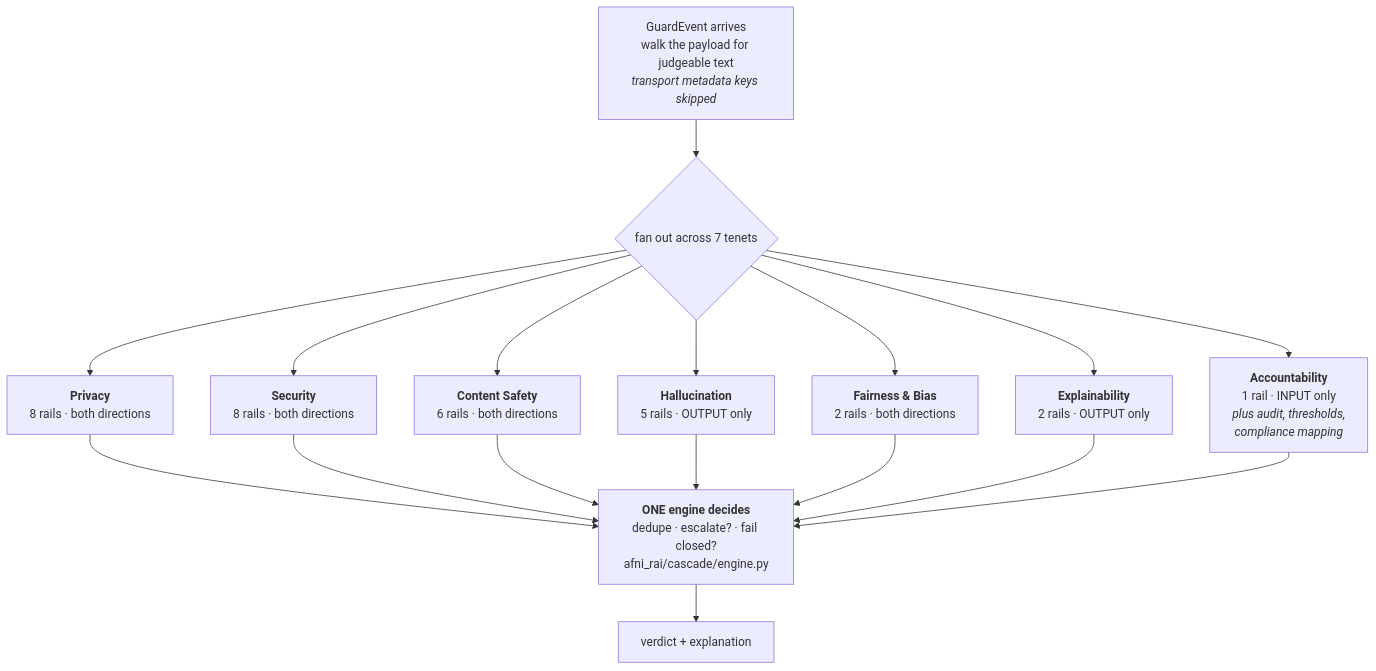
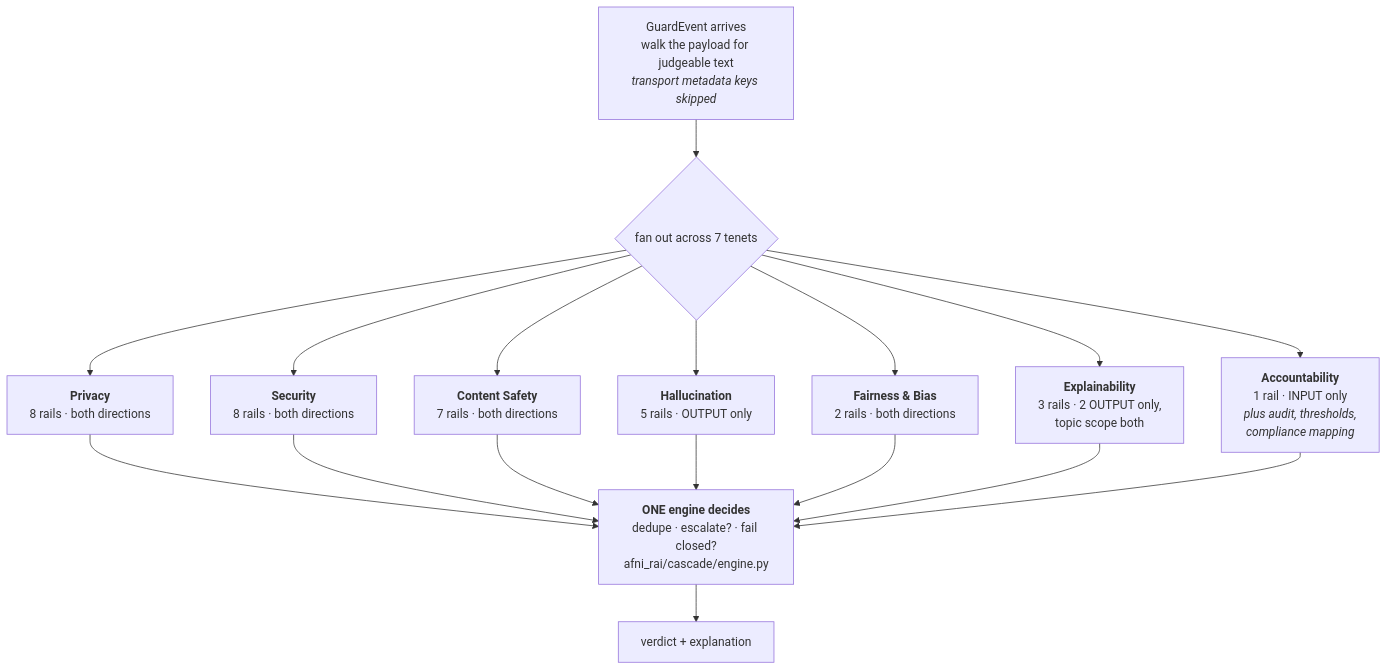
Before and after one commit to saimuthiki/RAI_AFNI: the third of 4 diagrams in docs/architecture.md, drawn with Mermaid. The commit also changed other lines of this file and 14 other files, not shown here.

````diff
--- a/docs/architecture.md
+++ b/docs/architecture.md
@@ -202,23 +208,23 @@
 ```mermaid
 flowchart TB
     EV["GuardEvent arrives<br/>walk the payload for judgeable text<br/><i>transport metadata keys skipped</i>"]
     EV --> FAN{"fan out across 7 tenets"}
 
     FAN --> T1["<b>Privacy</b><br/>8 rails · both directions"]
     FAN --> T2["<b>Security</b><br/>8 rails · both directions"]
-    FAN --> T3["<b>Content Safety</b><br/>6 rails · both directions"]
+    FAN --> T3["<b>Content Safety</b><br/>7 rails · both directions"]
     FAN --> T4["<b>Hallucination</b><br/>5 rails · OUTPUT only"]
     FAN --> T5["<b>Fairness &amp; Bias</b><br/>2 rails · both directions"]
-    FAN --> T6["<b>Explainability</b><br/>2 rails · OUTPUT only"]
+    FAN --> T6["<b>Explainability</b><br/>3 rails · 2 OUTPUT only,<br/>topic scope both"]
     FAN --> T7["<b>Accountability</b><br/>1 rail · INPUT only<br/><i>plus audit, thresholds,<br/>compliance mapping</i>"]
 
     T1 --> ENG
     T2 --> ENG
     T3 --> ENG
     T4 --> ENG
     T5 --> ENG
     T6 --> ENG
     T7 --> ENG
     ENG["<b>ONE engine decides</b><br/>dedupe · escalate? · fail closed?<br/>afni_rai/cascade/engine.py"]
     ENG --> V["verdict + explanation"]
 ```
````
